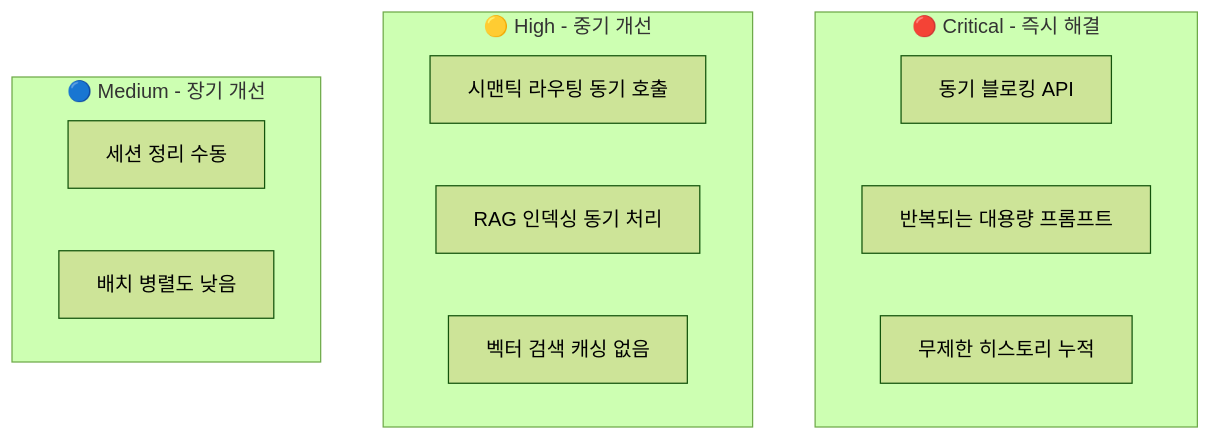
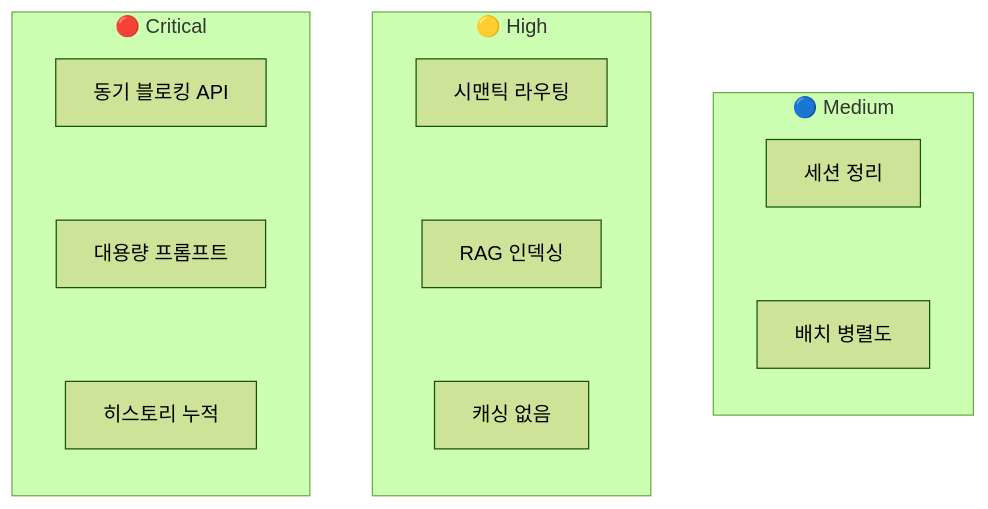
Before and after one commit to Gyeom/dev-notes: the second of 9 diagrams in content/posts/2025-12-26-ai-agent-performance-optimization.md, drawn with Mermaid (forest theme). The commit also changed other lines of this file and 7 other files, not shown here.

First line of the commit message:
Fix: 전체 포스트 Mermaid 다이어그램 가로 배치 적용

````diff
--- a/content/posts/2025-12-26-ai-agent-performance-optimization.md
+++ b/content/posts/2025-12-26-ai-agent-performance-optimization.md
@@ -40,19 +40,16 @@
 ```mermaid
-flowchart TD
-    subgraph Critical["🔴 Critical - 즉시 해결"]
-        C1["동기 블로킹 API"]
-        C2["반복되는 대용량 프롬프트"]
-        C3["무제한 히스토리 누적"]
+flowchart LR
+    subgraph Critical["🔴 Critical"]
+        C1["동기 블로킹 API"] ~~~ C2["대용량 프롬프트"] ~~~ C3["히스토리 누적"]
     end
 
-    subgraph High["🟡 High - 중기 개선"]
-        H1["시맨틱 라우팅 동기 호출"]
-        H2["RAG 인덱싱 동기 처리"]
-        H3["벡터 검색 캐싱 없음"]
+    subgraph High["🟡 High"]
+        H1["시맨틱 라우팅"] ~~~ H2["RAG 인덱싱"] ~~~ H3["캐싱 없음"]
     end
 
-    subgraph Medium["🔵 Medium - 장기 개선"]
-        M1["세션 정리 수동"]
-        M2["배치 병렬도 낮음"]
+    subgraph Medium["🔵 Medium"]
+        M1["세션 정리"] ~~~ M2["배치 병렬도"]
     end
+
+    Critical ~~~ High ~~~ Medium
 ```
````
